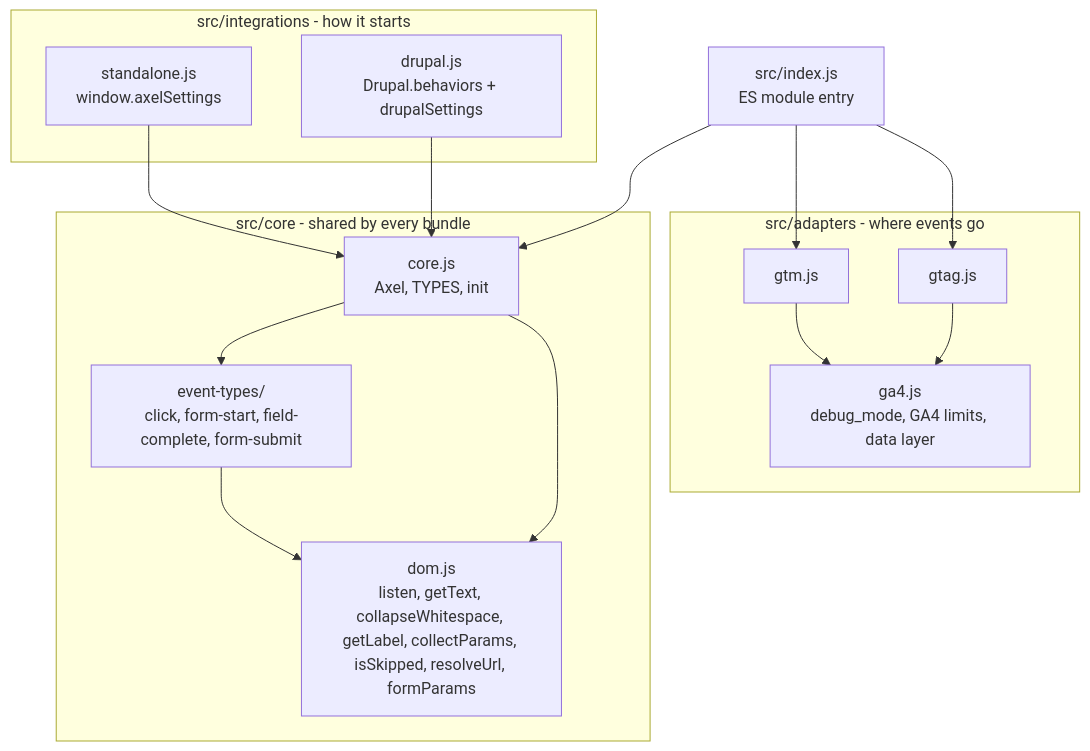
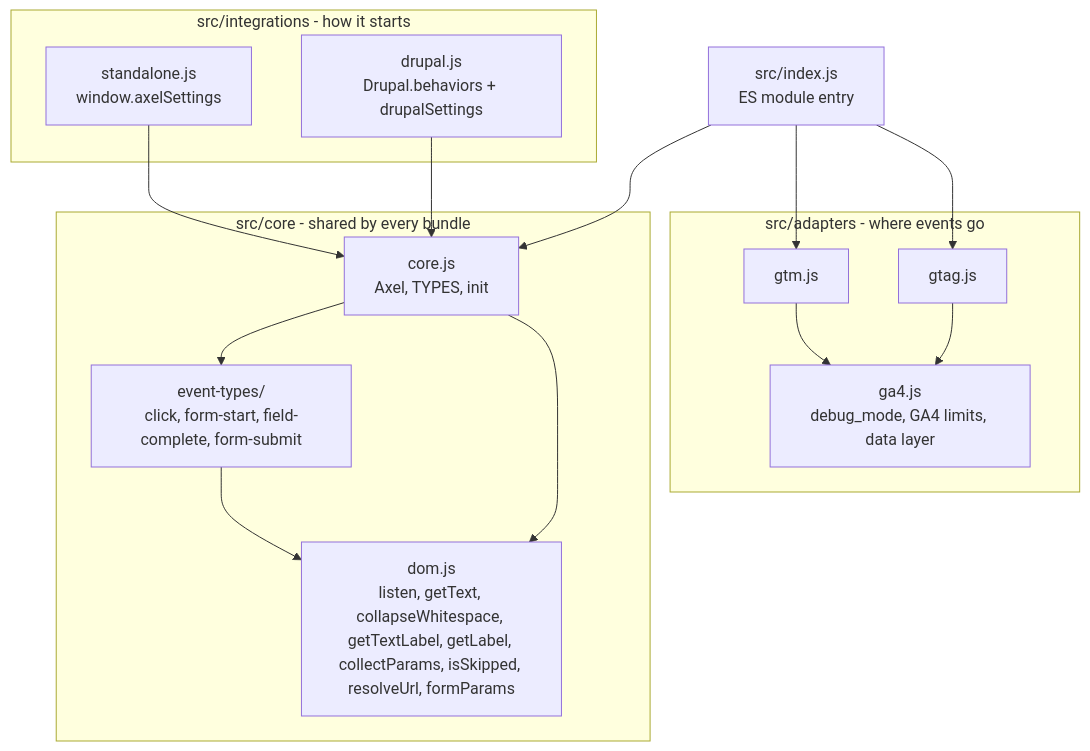
Before and after one commit to drevops/axel: the first of 3 diagrams in docs/architecture/README.md, drawn with Mermaid. The commit also changed other lines of this file and 12 other files, not shown here.

````diff
--- a/docs/architecture/README.md
+++ b/docs/architecture/README.md
@@ -10,27 +10,27 @@
 ```mermaid
 %% Traced from: src/core/*.js, src/core/event-types/*.js, src/adapters/*.js, src/integrations/*.js, src/index.js.
 flowchart TB
     subgraph integrations[src/integrations - how it starts]
         standalone[standalone.js<br>window.axelSettings]
         drupal[drupal.js<br>Drupal.behaviors + drupalSettings]
     end
     subgraph core[src/core - shared by every bundle]
         coreJs[core.js<br>Axel, TYPES, init]
         eventTypes[event-types/<br>click, form-start, field-complete, form-submit]
-        dom[dom.js<br>listen, getText, collapseWhitespace, getLabel, collectParams, isSkipped, resolveUrl, formParams]
+        dom[dom.js<br>listen, getText, collapseWhitespace, getTextLabel, getLabel, collectParams, isSkipped, resolveUrl, formParams]
     end
     subgraph adapters[src/adapters - where events go]
         gtm[gtm.js]
         gtag[gtag.js]
         ga4[ga4.js<br>debug_mode, GA4 limits, data layer]
     end
     standalone --> coreJs
     drupal --> coreJs
     coreJs --> eventTypes --> dom
     coreJs --> dom
     gtm --> ga4
     gtag --> ga4
     index[src/index.js<br>ES module entry] --> coreJs
     index --> gtm
     index --> gtag
 ```
````
